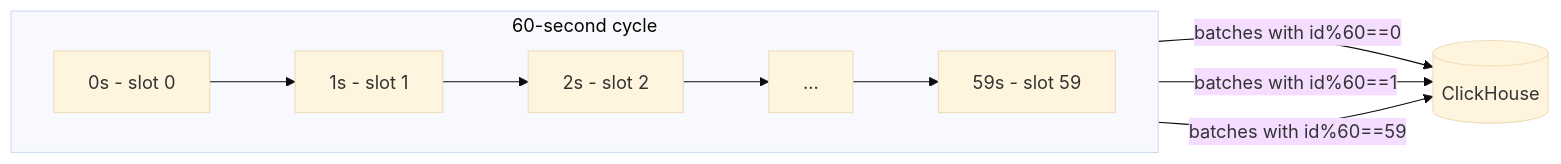
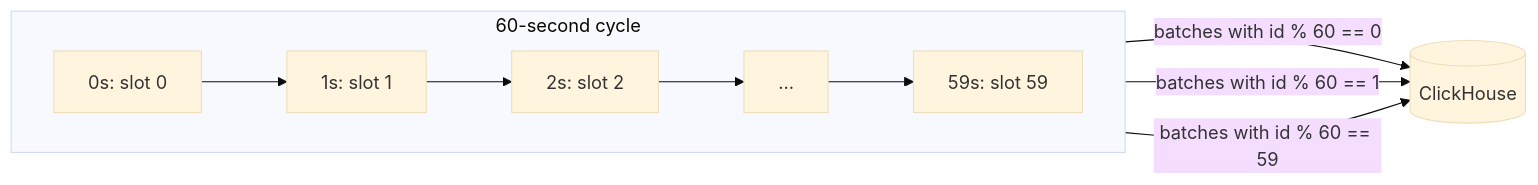
Before and after one commit to langfuse/langfuse-docs: the third of 6 diagrams in content/blog/2026-05-30-designing-monitors-and-alerting.mdx, drawn with Mermaid (base theme). The commit also changed other lines of this file, not shown here.

````diff
--- a/content/blog/2026-05-30-designing-monitors-and-alerting.mdx
+++ b/content/blog/2026-05-30-designing-monitors-and-alerting.mdx
@@ -77,10 +105,10 @@
 ```mermaid
 flowchart LR
   subgraph T[60-second cycle]
     direction LR
-    S0[0s - slot 0] --> S1[1s - slot 1] --> S2[2s - slot 2] --> Sdots[...] --> S59[59s - slot 59]
+    S0[0s: slot 0] --> S1[1s: slot 1] --> S2[2s: slot 2] --> Sdots[...] --> S59[59s: slot 59]
   end
-  S0 -->|batches with id%60==0| CH[(ClickHouse)]
-  S1 -->|batches with id%60==1| CH
-  S59 -->|batches with id%60==59| CH
+  S0 -->|batches with id % 60 == 0| CH[(ClickHouse)]
+  S1 -->|batches with id % 60 == 1| CH
+  S59 -->|batches with id % 60 == 59| CH
 ```
````
